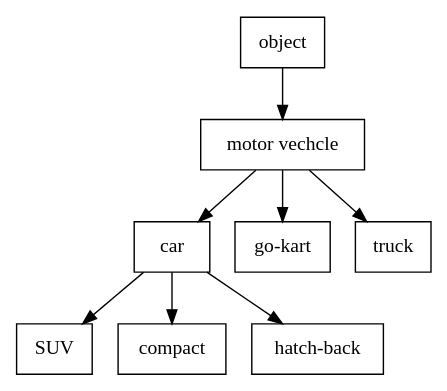
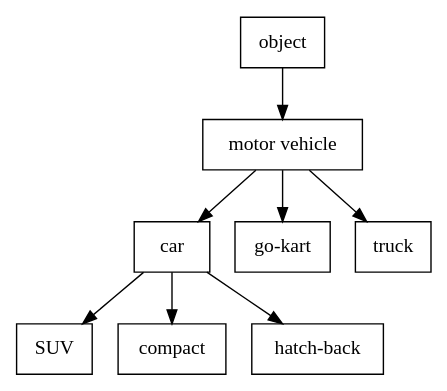
Before and after one commit to letranger/AI: the diagram in 20221023101534-自然語言處理.org, drawn with Graphviz. The commit also changed other lines of this file and 74 other files, not shown here.

```diff
--- a/20221023101534-自然語言處理.org
+++ b/20221023101534-自然語言處理.org
@@ -713,20 +711,20 @@
 #+BEGIN_SRC dot :file ./images/thesaurus.png :cmdline -Kdot -Tpng
 digraph wordThesaurus {
   rankdir=TD
   o1 [label="object" shape="record"]
-  o2 [label="motor vechcle" shape="record"]
+  o2 [label="motor vehicle" shape="record"]
   o31 [label="car" shape="record"]
   o32 [label="go-kart" shape="record"]
   o33 [label="truck" shape="record"]
   o41 [label="SUV" shape="record"]
   o42 [label="compact" shape="record"]
   o43 [label="hatch-back" shape="record"]
   o1 -> o2
   o2 -> o31
   o2 -> o32
   o2 -> o33
   o31 -> o41
   o31 -> o42
   o31 -> o43
 }
 #+END_SRC
```
